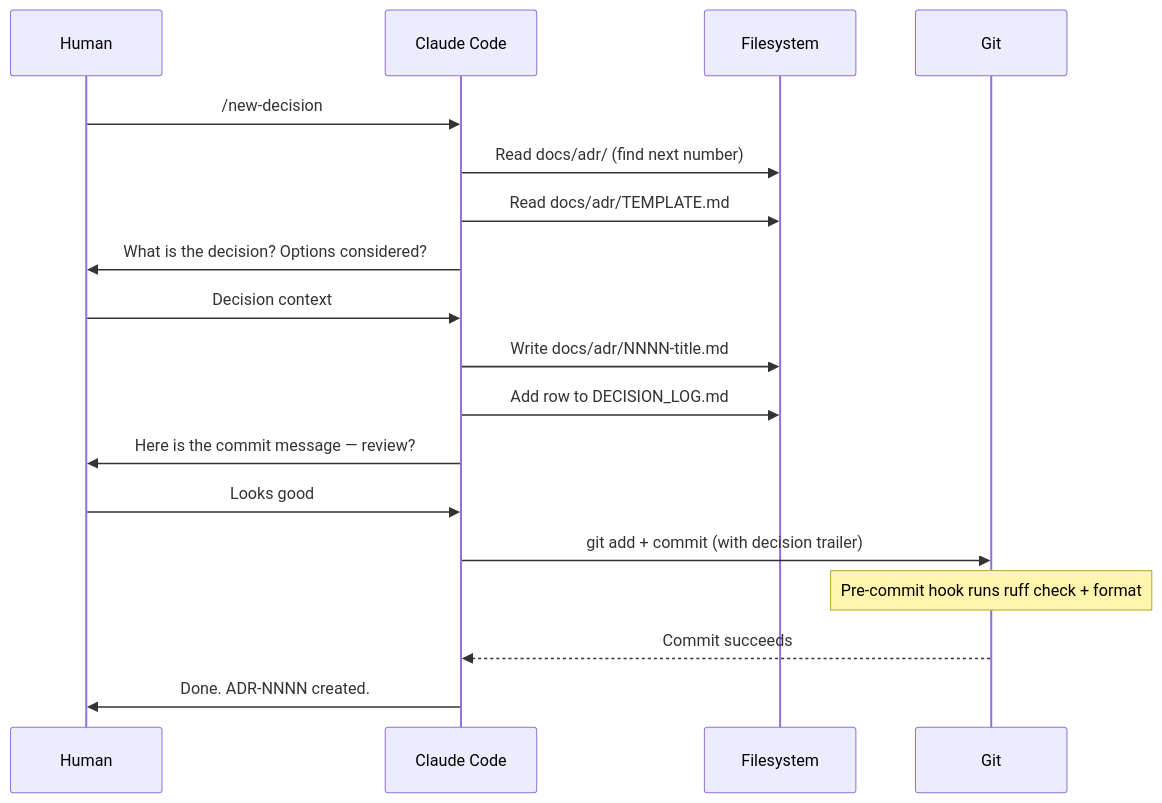
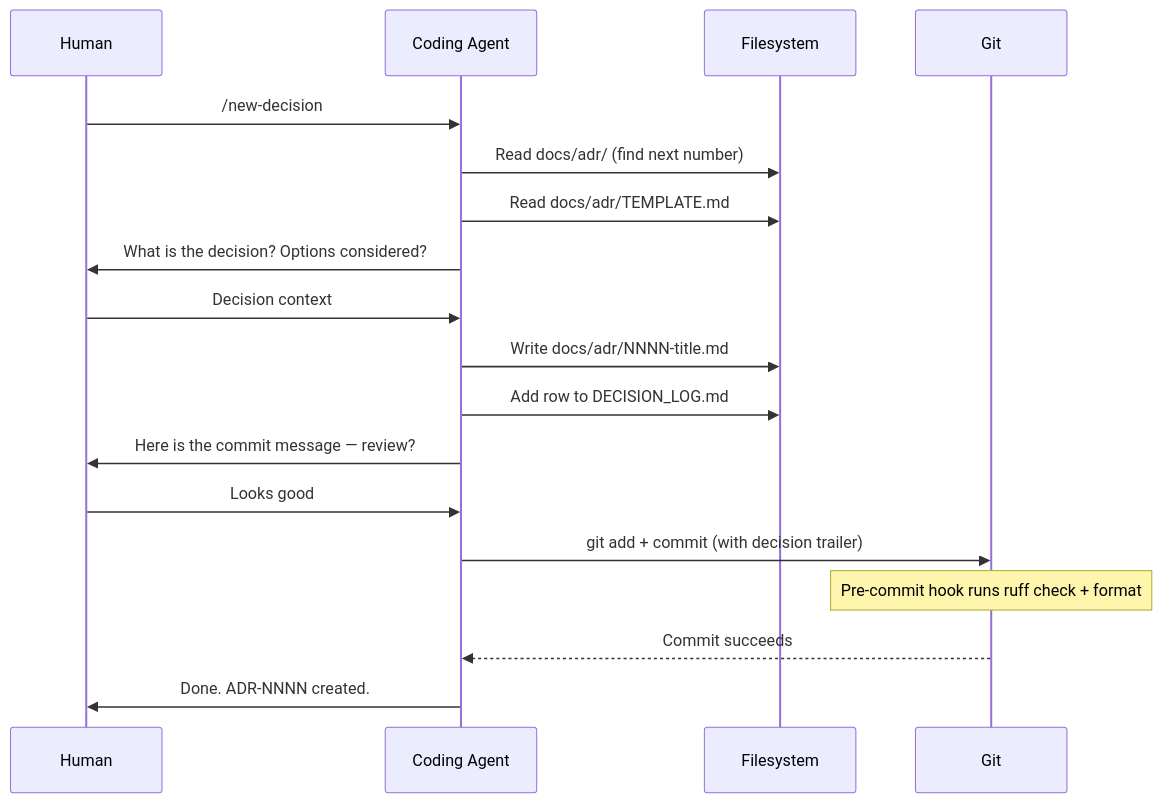
One commit to maxpowers1/av1-tui-starter changed the fourth of 4 diagrams in docs/FRAMEWORK_DIAGRAM.md. Above: the diagram before and after it, drawn with Mermaid. The commit also changed other lines of this file and 16 other files, not shown here.

````diff
--- a/docs/FRAMEWORK_DIAGRAM.md
+++ b/docs/FRAMEWORK_DIAGRAM.md
@@ -179,21 +179,21 @@
 ```mermaid
 sequenceDiagram
     participant H as Human
-    participant CC as Claude Code
+    participant CC as Coding Agent
     participant FS as Filesystem
     participant G as Git
 
     H->>CC: /new-decision
     CC->>FS: Read docs/adr/ (find next number)
     CC->>FS: Read docs/adr/TEMPLATE.md
     CC->>H: What is the decision? Options considered?
     H->>CC: Decision context
     CC->>FS: Write docs/adr/NNNN-title.md
     CC->>FS: Add row to DECISION_LOG.md
     CC->>H: Here is the commit message — review?
     H->>CC: Looks good
     CC->>G: git add + commit (with decision trailer)
     Note over G: Pre-commit hook runs ruff check + format
     G-->>CC: Commit succeeds
     CC->>H: Done. ADR-NNNN created.
 ```
````
